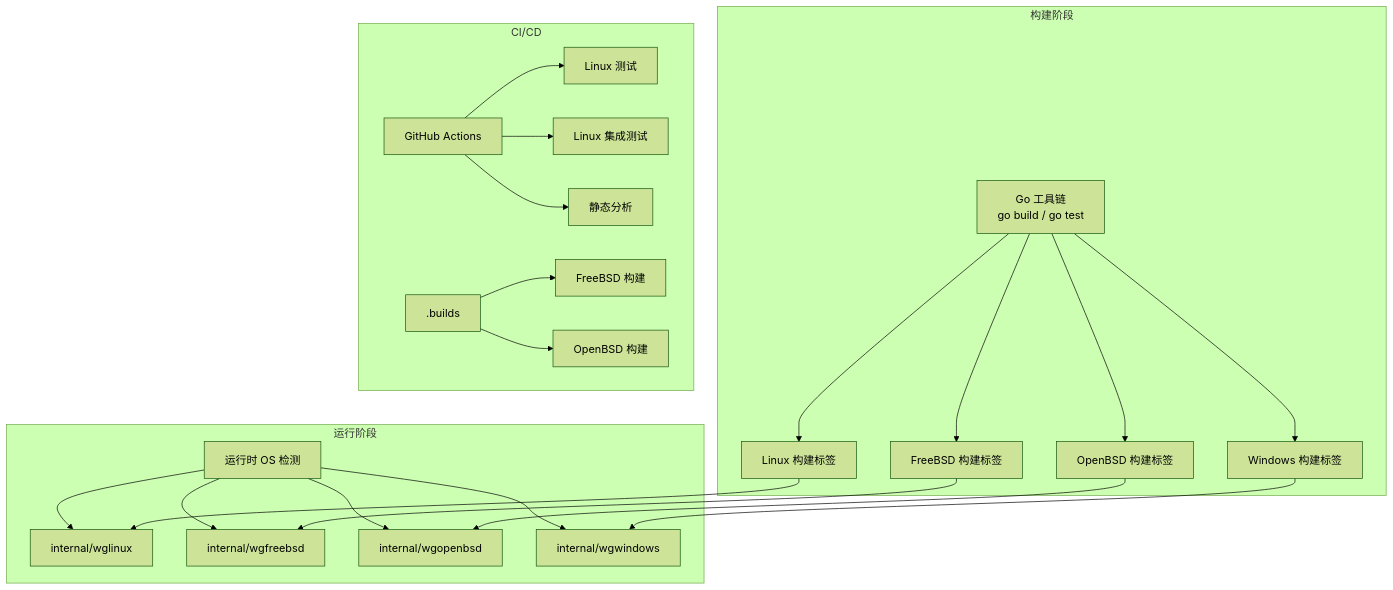
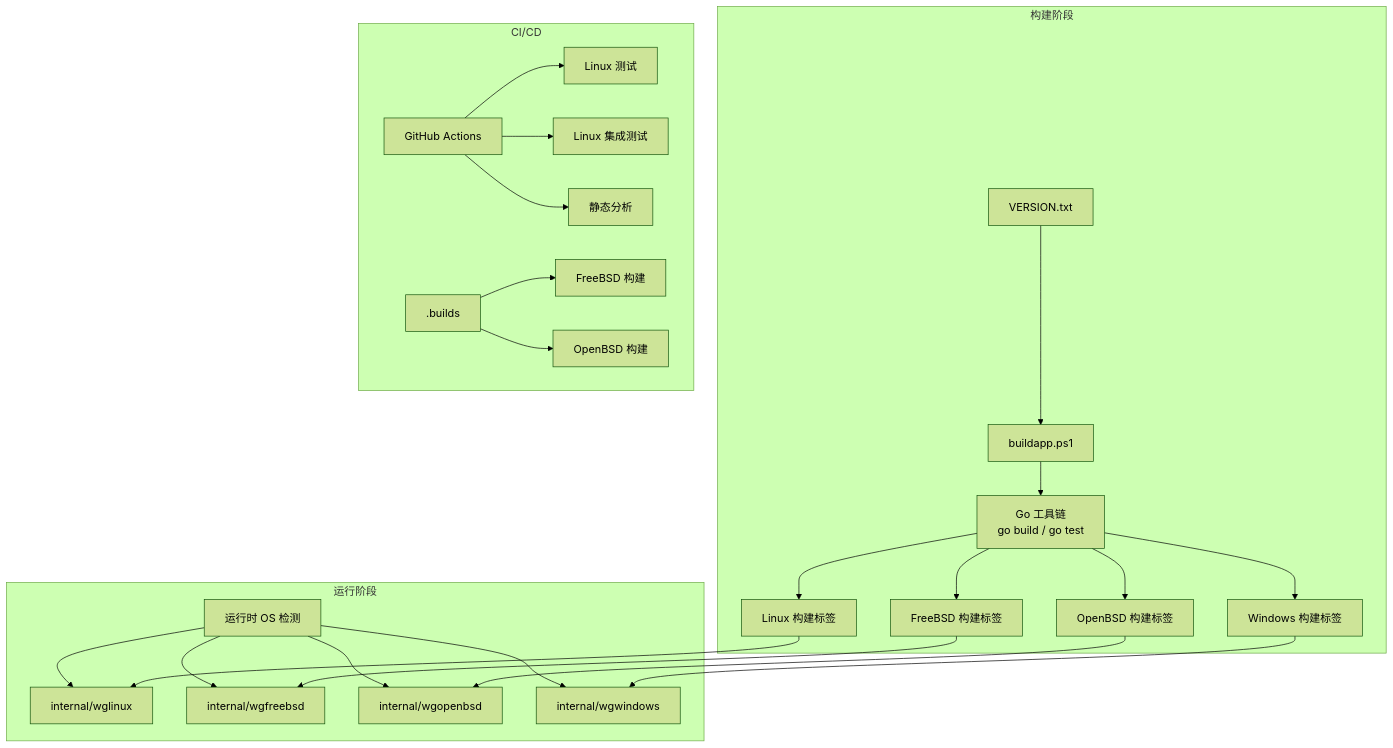
The second of 4 diagrams in .qoder/repowiki/zh/content/开发者指南/构建系统.md (tea4go/wgctrl-go), drawn with Mermaid (forest theme) before and after one commit. The commit also changed other lines of this file and 11 other files, not shown here.

````diff
--- a/.qoder/repowiki/zh/content/开发者指南/构建系统.md
+++ b/.qoder/repowiki/zh/content/开发者指南/构建系统.md
@@ -107,26 +131,28 @@
 ```mermaid
 graph TB
 subgraph "构建阶段"
 T["Go 工具链<br/>go build / go test"] --> L["Linux 构建标签"]
 T --> F["FreeBSD 构建标签"]
 T --> O["OpenBSD 构建标签"]
 T --> W["Windows 构建标签"]
+BS["buildapp.ps1"] --> T
+VS["VERSION.txt"] --> BS
 end
 subgraph "运行阶段"
 R["运行时 OS 检测"] --> I1["internal/wglinux"]
 R --> I2["internal/wgfreebsd"]
 R --> I3["internal/wgopenbsd"]
 R --> I4["internal/wgwindows"]
 end
 subgraph "CI/CD"
 GH["GitHub Actions"] --> LT["Linux 测试"]
 GH --> IT["Linux 集成测试"]
 GH --> SA["静态分析"]
 BK[".builds"] --> FB["FreeBSD 构建"]
 BK --> OB["OpenBSD 构建"]
 end
 L --> I1
 F --> I2
 O --> I3
 W --> I4
 ```
````
